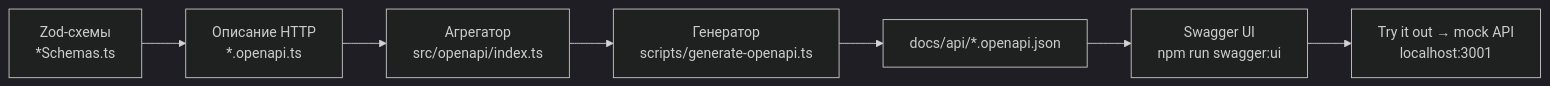
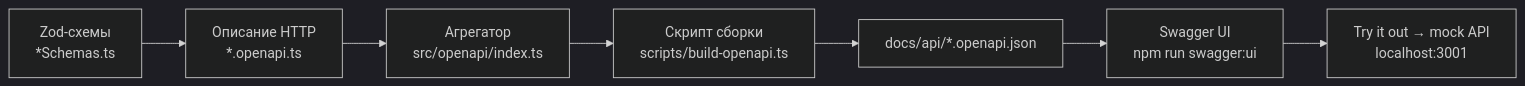
Before and after one commit to VladimirDurnev/SPA_2.0: the diagram in docs/api/README.md, drawn with Mermaid (dark theme). The commit also changed other lines of this file and 44 other files, not shown here.

````diff
--- a/docs/api/README.md
+++ b/docs/api/README.md
@@ -11,9 +11,9 @@
 ```mermaid
 flowchart LR
   A[Zod-схемы<br/>*Schemas.ts] --> B[Описание HTTP<br/>*.openapi.ts]
   B --> C[Агрегатор<br/>src/openapi/index.ts]
-  C --> D[Генератор<br/>scripts/generate-openapi.ts]
+  C --> D[Скрипт сборки<br/>scripts/build-openapi.ts]
   D --> E[docs/api/*.openapi.json]
   E --> F[Swagger UI<br/>npm run swagger:ui]
   F --> G[Try it out → mock API<br/>localhost:3001]
 ```
````
